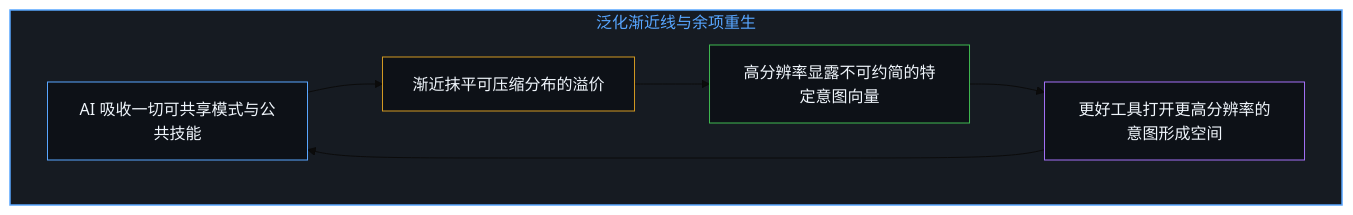
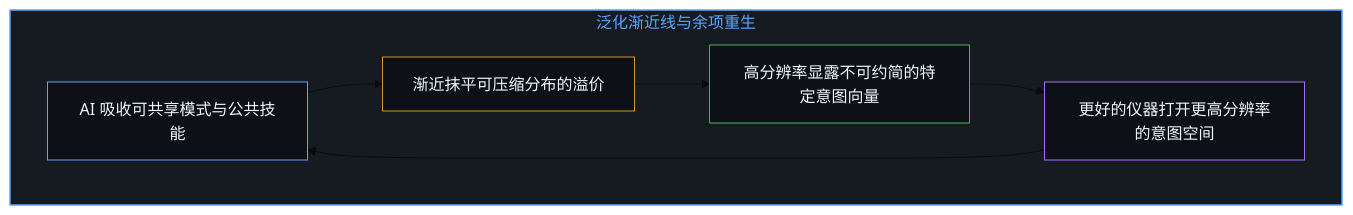
The first of 4 diagrams in content/posts/the-tightening-loop.md (powerpig99/not-a-toe), drawn with Mermaid (base theme) before and after one commit. The commit also changed other lines of this file and 3 other files, not shown here.

````diff
--- a/content/posts/the-tightening-loop.md
+++ b/content/posts/the-tightening-loop.md
@@ -21,14 +21,14 @@
 ```mermaid
 graph TD
     subgraph S_Gen["泛化渐近线与余项重生"]
-        G1["AI 吸收一切可共享模式与公共技能"] --> G2["渐近抹平可压缩分布的溢价"]
+        G1["AI 吸收可共享模式与公共技能"] --> G2["渐近抹平可压缩分布的溢价"]
         G2 --> G3["高分辨率显露不可约简的特定意图向量"]
-        G3 --> G4["更好工具打开更高分辨率的意图形成空间"]
+        G3 --> G4["更好的仪器打开更高分辨率的意图空间"]
         G4 --> G1
     end
     style S_Gen fill:#161b22,stroke:#58a6ff,stroke-width:1.5px,color:#58a6ff
     style G1 fill:#0d1117,stroke:#58a6ff,stroke-width:1px,color:#f0f6fc
     style G2 fill:#0d1117,stroke:#d29922,stroke-width:1px,color:#f0f6fc
     style G3 fill:#0d1117,stroke:#3fb950,stroke-width:1px,color:#f0f6fc
     style G4 fill:#0d1117,stroke:#a371f7,stroke-width:1px,color:#f0f6fc
 ```
````
